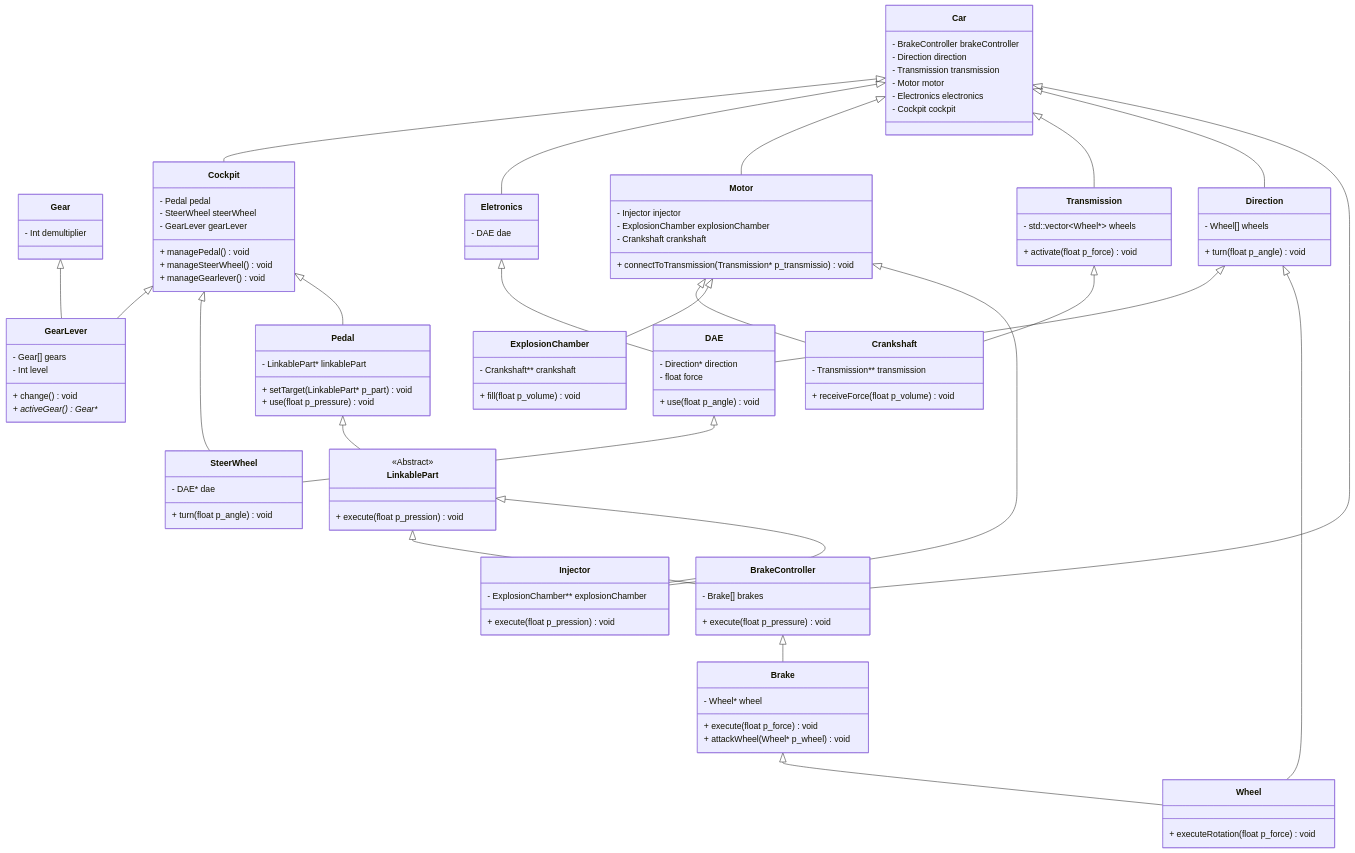
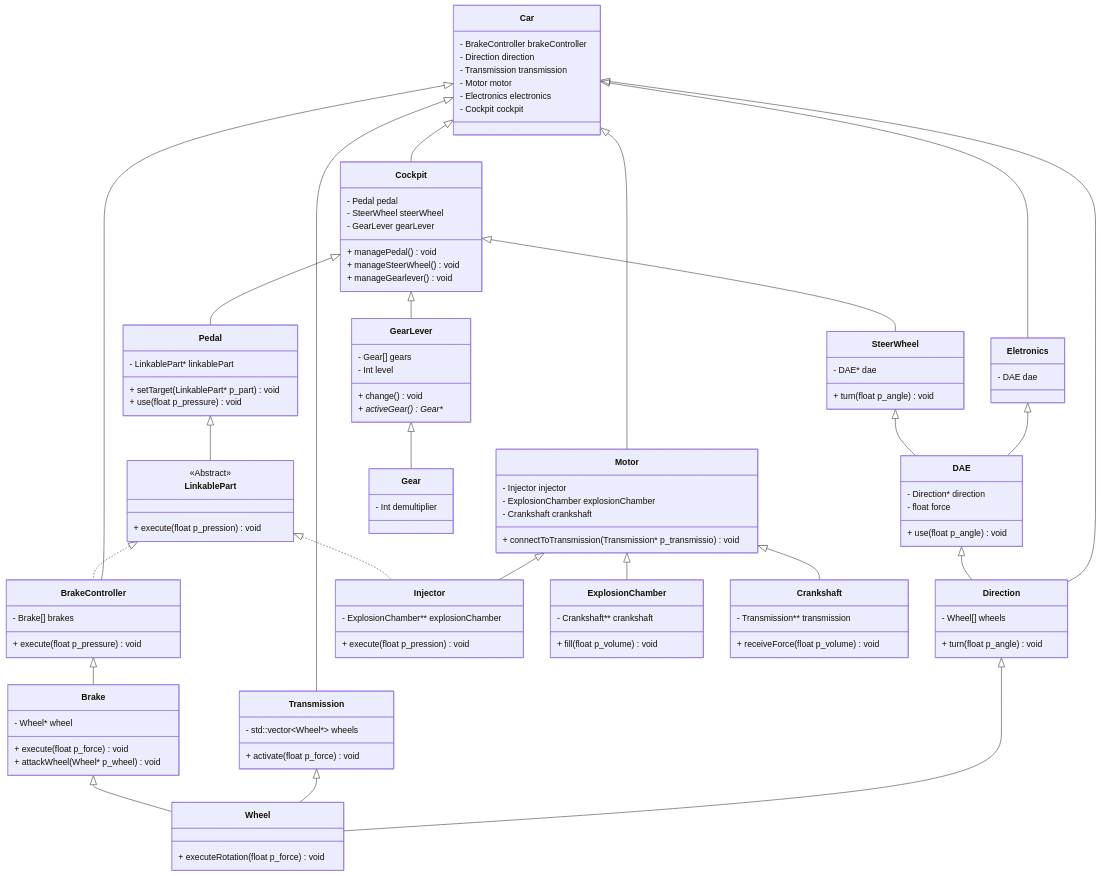
One commit to micas2002/object-piscine changed the diagram in Module02/subject.md. Above: the diagram before and after it, drawn with Mermaid.

Commit message:
uml is more organized. working on relashionships

````diff
--- a/Module02/subject.md
+++ b/Module02/subject.md
@@ -1,51 +1,32 @@
 ```mermaid
 classDiagram
-	class LinkablePart {
-		<<Abstract>>
-		+ execute(float p_pression) void
+	Car <|-- BrakeController
+	Car <|-- Direction
+	Car <|-- Transmission
+	Car <|-- Motor
+	Car <|-- Eletronics
+	Car <|-- Cockpit
+	class Car {
+		- BrakeController brakeController
+		- Direction direction
+		- Transmission transmission
+		- Motor motor
+		- Electronics electronics
+		- Cockpit cockpit
 	}
 
-	class Wheel {
-		+ executeRotation(float p_force) void
+	Direction <|-- Wheel
+	class Direction {
+		- Wheel[] wheels
+
+		+ turn(float p_angle) void
 	}
 
-	class Gear {
-		- Int demultiplier
-	}
-
-	Gear <|-- GearLever
-	class GearLever {
-		- Gear[] gears
-		- Int level
-
-		+ change() void
-		+ activeGear() Gear**
-	}
-
-	Transmission <|-- Crankshaft
+	Transmission <|-- Wheel
 	class Transmission {
 		- std::vector~Wheel*~ wheels
 
 		+ activate(float p_force) void
-	}
-
-	class Crankshaft {
-		- Transmission** transmission
-
-		+ receiveForce(float p_volume) void
-	}
-
-	class ExplosionChamber {
-		- Crankshaft** crankshaft
-
-		+ fill(float p_volume) void
-	}
-
-	LinkablePart <|-- Injector
-	class Injector {
-		- ExplosionChamber** explosionChamber
-
-		+ execute(float p_pression) void
 	}
 
 	Motor <|-- Injector
@@ -59,50 +40,35 @@
 		+ connectToTransmission(Transmission* p_transmissio) void
 	}
 
-	Pedal <|-- LinkablePart
-	class Pedal {
-		- LinkablePart* linkablePart
+	class Injector {
+		- ExplosionChamber** explosionChamber
 
-		+ setTarget(LinkablePart* p_part) void
-		+ use(float p_pressure) void
+		+ execute(float p_pression) void
 	}
 
-	Direction <|-- Wheel
-	Direction <|-- DAE
-	class Direction {
-		- Wheel[] wheels
+	class ExplosionChamber {
+		- Crankshaft** crankshaft
 
-		+ turn(float p_angle) void
+		+ fill(float p_volume) void
 	}
 
-	DAE <|-- SteerWheel
+	class Crankshaft {
+		- Transmission** transmission
+
+		+ receiveForce(float p_volume) void
+	}
+
+	Eletronics <|-- DAE
+	class Eletronics {
+		- DAE dae
+	}
+
+	DAE <|-- Direction
 	class DAE {
 		- Direction* direction
 		- float force
 
 		+ use(float p_angle) void
-	}
-
-	class SteerWheel {
-		- DAE* dae
-
-		+ turn(float p_angle) void
-	}
-
-	Brake <|-- Wheel
-	class Brake {
-		- Wheel* wheel
-
-		+ execute(float p_force) void
-		+ attackWheel(Wheel* p_wheel) void
-	}
-
-	LinkablePart <|-- BrakeController
-	BrakeController <|-- Brake
-	class BrakeController {
-		- Brake[] brakes
-
-		+ execute(float p_pressure) void
 	}
 
 	Cockpit <|-- Pedal
@@ -118,24 +84,58 @@
 		+ manageGearlever() void
 	}
 
-	Eletronics <|-- DAE
-	class Eletronics {
-		- DAE dae
+	Pedal <|-- LinkablePart
+	class Pedal {
+		- LinkablePart* linkablePart
+
+		+ setTarget(LinkablePart* p_part) void
+		+ use(float p_pressure) void
 	}
 
-	Car <|-- BrakeController
-	Car <|-- Direction
-	Car <|-- Transmission
-	Car <|-- Motor
-	Car <|-- Eletronics
-	Car <|-- Cockpit
-	class Car {
-		- BrakeController brakeController
-		- Direction direction
-		- Transmission transmission
-		- Motor motor
-		- Electronics electronics
-		- Cockpit cockpit
+	BrakeController <|-- Brake
+	class BrakeController {
+		- Brake[] brakes
+
+		+ execute(float p_pressure) void
+	}
+
+	Brake <|-- Wheel
+	class Brake {
+		- Wheel* wheel
+
+		+ execute(float p_force) void
+		+ attackWheel(Wheel* p_wheel) void
+	}
+
+	class Wheel {
+		+ executeRotation(float p_force) void
+	}
+
+	SteerWheel <|-- DAE
+	class SteerWheel {
+		- DAE* dae
+
+		+ turn(float p_angle) void
+	}
+
+	GearLever <|-- Gear
+	class GearLever {
+		- Gear[] gears
+		- Int level
+
+		+ change() void
+		+ activeGear() Gear**
+	}
+
+	class Gear {
+		- Int demultiplier
+	}
+
+	LinkablePart <|.. BrakeController
+	LinkablePart <|.. Injector
+	class LinkablePart {
+		<<Abstract>>
+		+ execute(float p_pression) void
 	}
 
 ```
````
